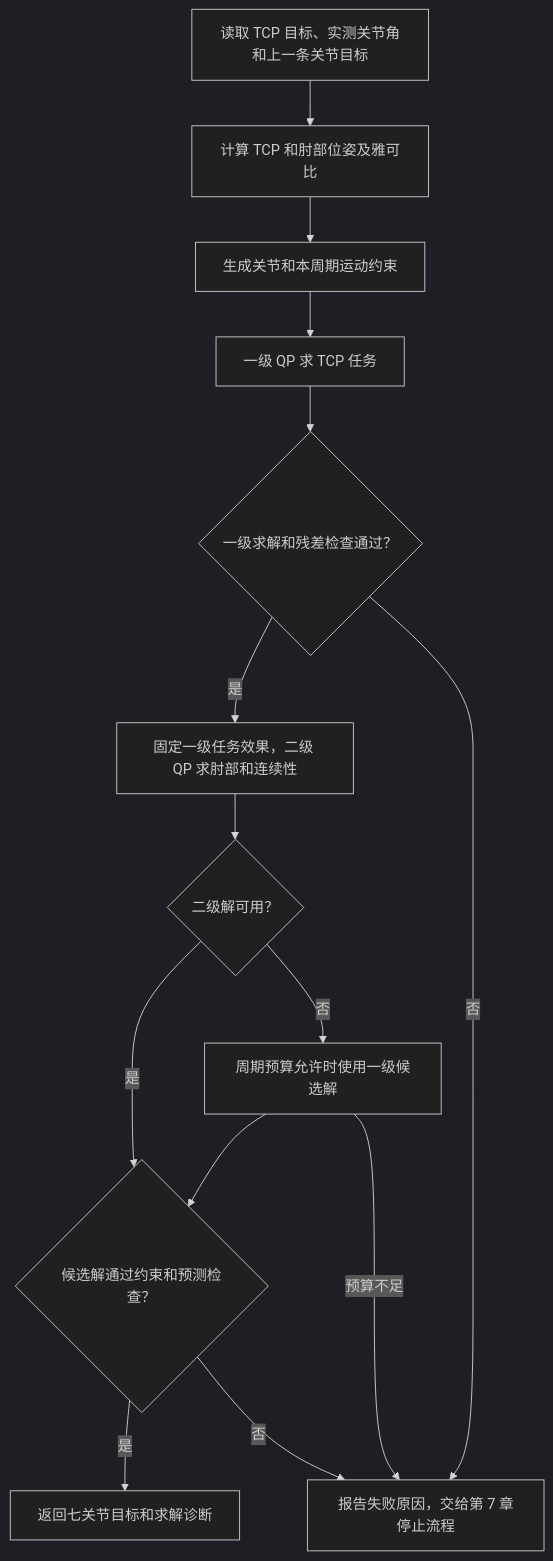
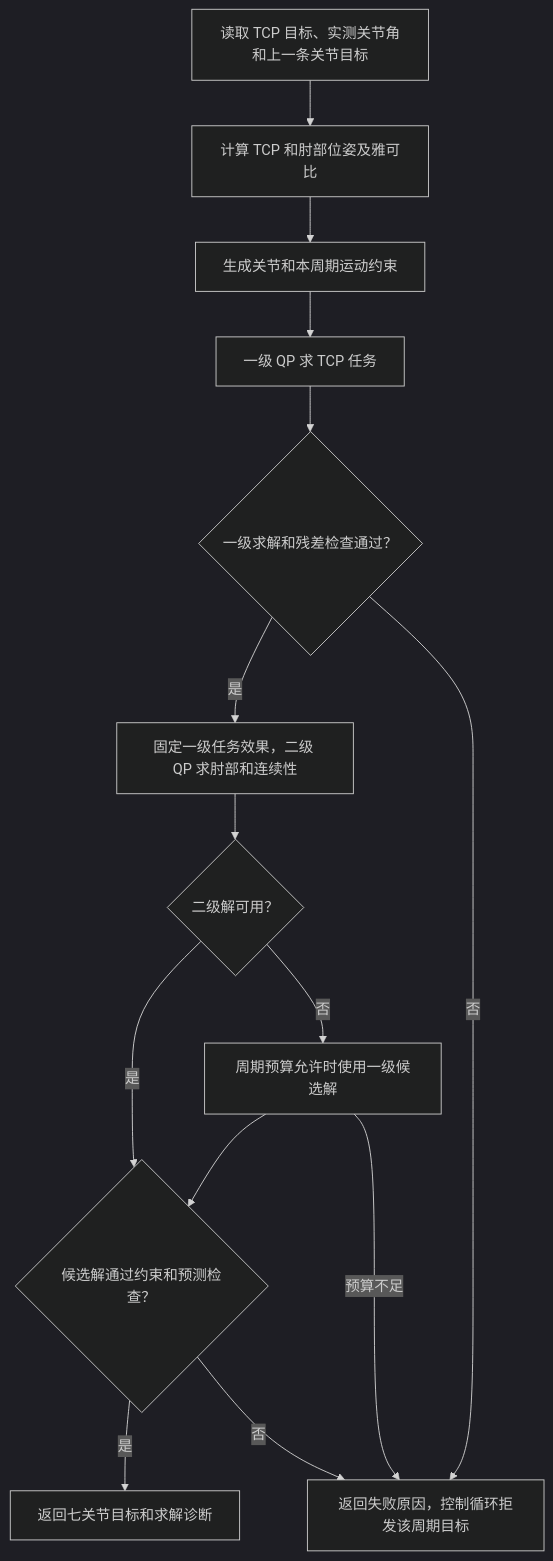
The diagram in 6、笛卡尔映射及轴部优化.md (YYxzz8866/Quest-Proposal), drawn with Mermaid (dark theme) before and after one commit. The commit also changed other lines of this file and 7 other files, not shown here.

````diff
--- a/6、笛卡尔映射及轴部优化.md
+++ b/6、笛卡尔映射及轴部优化.md
@@ -7,23 +7,23 @@
 ```mermaid
 flowchart TD
     Read["读取 TCP 目标、实测关节角和上一条关节目标"]
     Kinematics["计算 TCP 和肘部位姿及雅可比"]
     Bounds["生成关节和本周期运动约束"]
     Primary["一级 QP 求 TCP 任务"]
     PrimaryOk{"一级求解和残差检查通过？"}
     Secondary["固定一级任务效果，二级 QP 求肘部和连续性"]
     SecondaryOk{"二级解可用？"}
     Fallback["周期预算允许时使用一级候选解"]
     Check{"候选解通过约束和预测检查？"}
     Output["返回七关节目标和求解诊断"]
-    Fail["报告失败原因，交给第 7 章停止流程"]
+    Fail["返回失败原因，控制循环拒发该周期目标"]
 
     Read --> Kinematics --> Bounds --> Primary --> PrimaryOk
     PrimaryOk -->|是| Secondary --> SecondaryOk
     PrimaryOk -->|否| Fail
     SecondaryOk -->|是| Check
     SecondaryOk -->|否| Fallback --> Check
     Fallback -->|预算不足| Fail
     Check -->|是| Output
     Check -->|否| Fail
 ```
````
